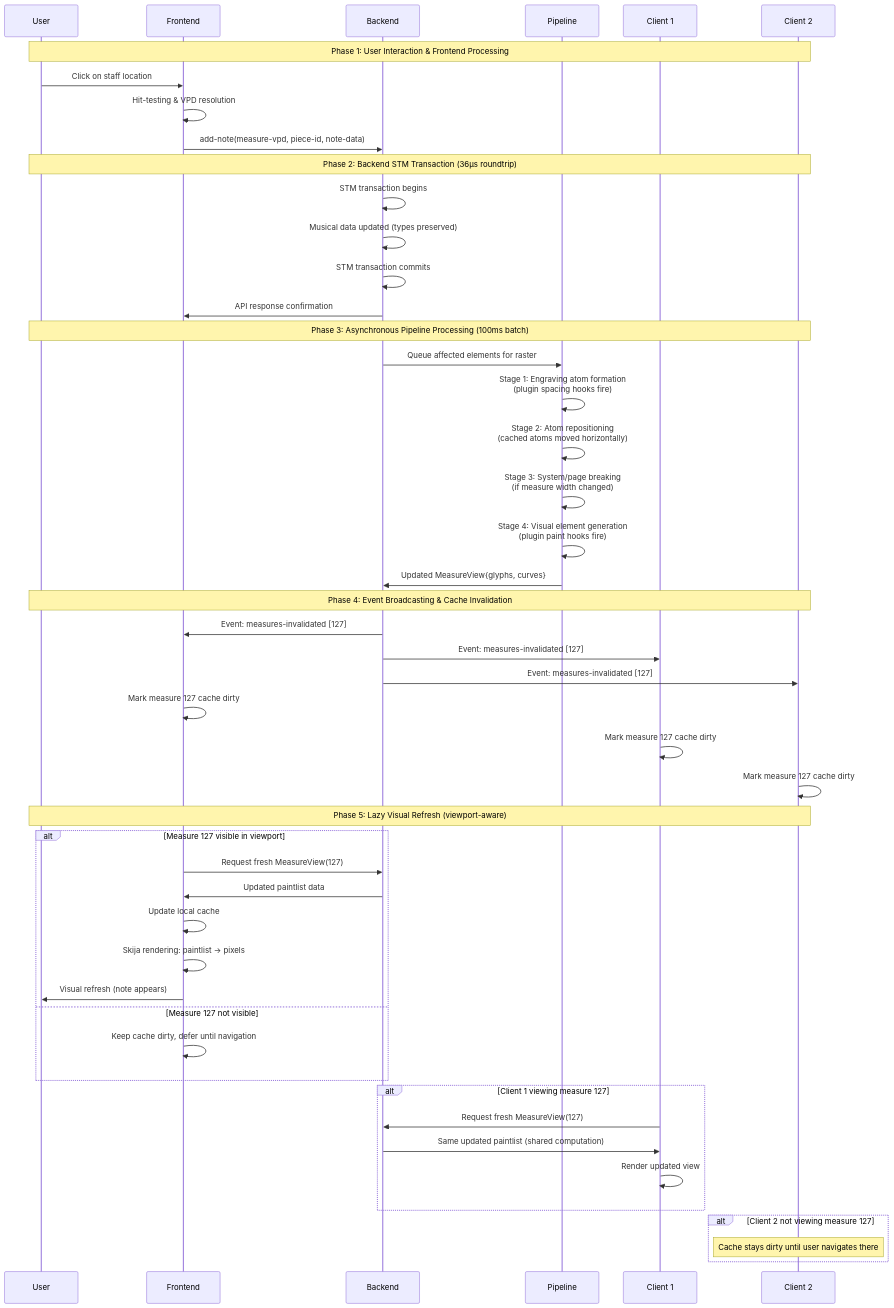
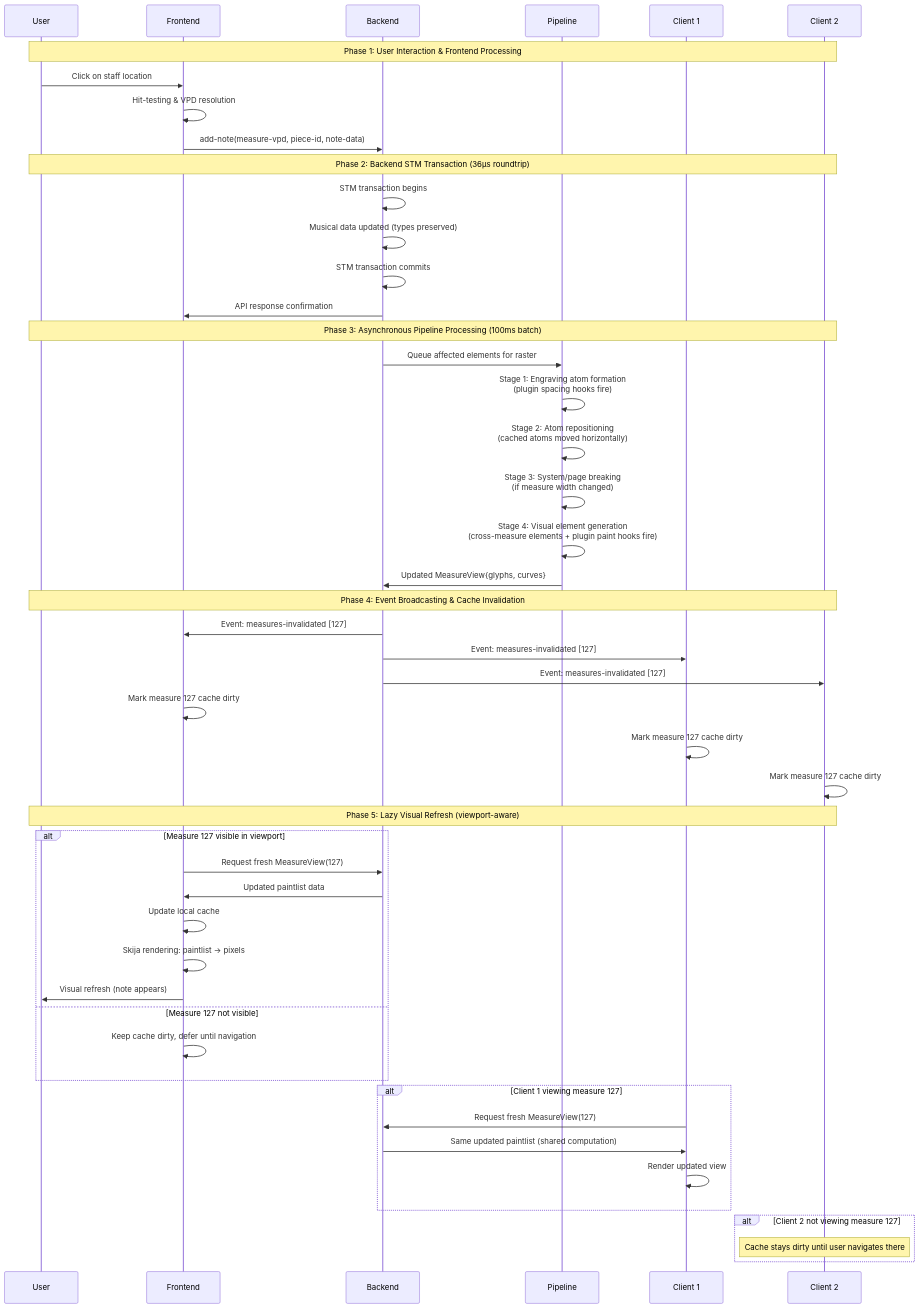
Before and after one commit to PeterBengtson/Ooloi-docs: the fourth of 6 diagrams in ADRs/0028-Hierarchical-Rendering-Pipeline.md, drawn with Mermaid. The commit also changed other lines of this file, not shown here.

````diff
--- a/ADRs/0028-Hierarchical-Rendering-Pipeline.md
+++ b/ADRs/0028-Hierarchical-Rendering-Pipeline.md
@@ -196,58 +199,58 @@
 ```mermaid
 sequenceDiagram
     participant U as User
     participant F as Frontend
     participant B as Backend
     participant P as Pipeline
     participant C1 as Client 1
     participant C2 as Client 2
 
     Note over U,C2: Phase 1: User Interaction & Frontend Processing
     U->>F: Click on staff location
     F->>F: Hit-testing & VPD resolution
     F->>B: add-note(measure-vpd, piece-id, note-data)
 
     Note over U,C2: Phase 2: Backend STM Transaction (36μs roundtrip)
     B->>B: STM transaction begins
     B->>B: Musical data updated (types preserved)
     B->>B: STM transaction commits
     B->>F: API response confirmation
 
     Note over U,C2: Phase 3: Asynchronous Pipeline Processing (100ms batch)
     B->>P: Queue affected elements for raster
     P->>P: Stage 1: Engraving atom formation<br/>(plugin spacing hooks fire)
     P->>P: Stage 2: Atom repositioning<br/>(cached atoms moved horizontally)
     P->>P: Stage 3: System/page breaking<br/>(if measure width changed)
-    P->>P: Stage 4: Visual element generation<br/>(plugin paint hooks fire)
+    P->>P: Stage 4: Visual element generation<br/>(cross-measure elements + plugin paint hooks fire)
     P->>B: Updated MeasureView{glyphs, curves}
 
     Note over U,C2: Phase 4: Event Broadcasting & Cache Invalidation
     B->>F: Event: measures-invalidated [127]
     B->>C1: Event: measures-invalidated [127]
     B->>C2: Event: measures-invalidated [127]
 
     F->>F: Mark measure 127 cache dirty
     C1->>C1: Mark measure 127 cache dirty
     C2->>C2: Mark measure 127 cache dirty
 
     Note over U,C2: Phase 5: Lazy Visual Refresh (viewport-aware)
     alt Measure 127 visible in viewport
         F->>B: Request fresh MeasureView(127)
         B->>F: Updated paintlist data
         F->>F: Update local cache
         F->>F: Skija rendering: paintlist → pixels
         F->>U: Visual refresh (note appears)
     else Measure 127 not visible
         F->>F: Keep cache dirty, defer until navigation
     end
 
     alt Client 1 viewing measure 127
         C1->>B: Request fresh MeasureView(127)
         B->>C1: Same updated paintlist (shared computation)
         C1->>C1: Render updated view
     end
 
     alt Client 2 not viewing measure 127
         Note over C2: Cache stays dirty until user navigates there
     end
 ```
````
